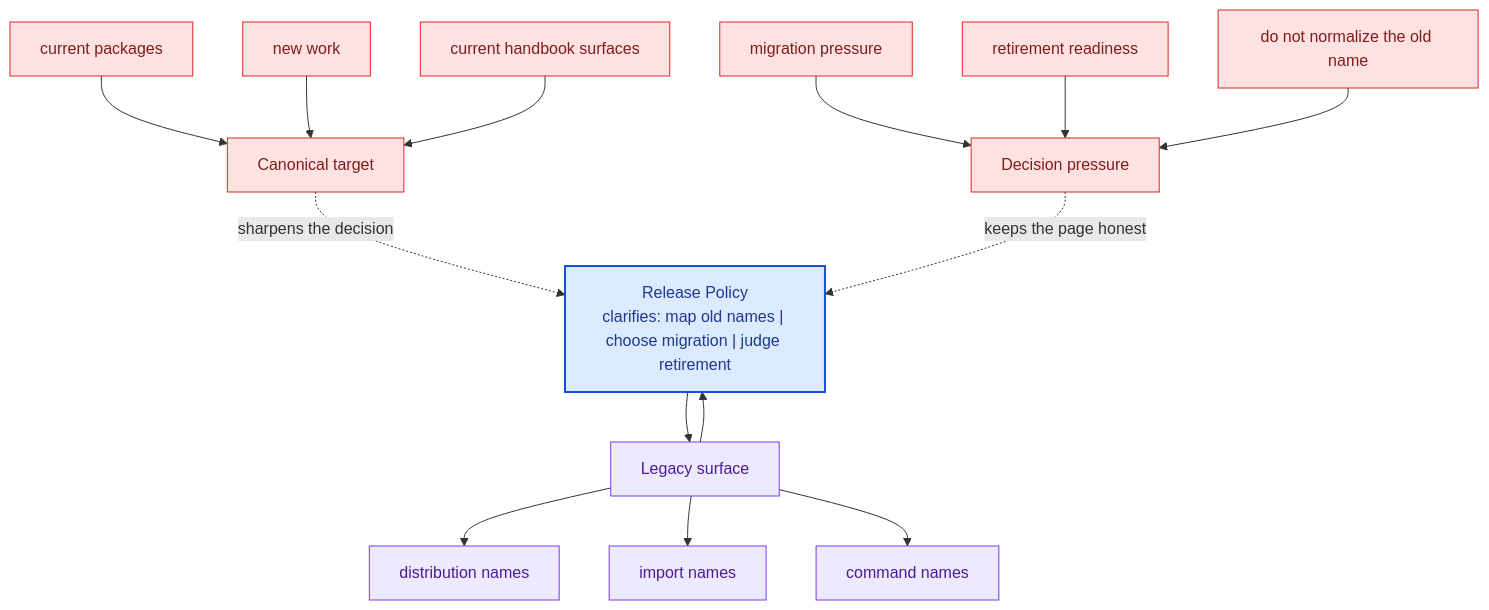
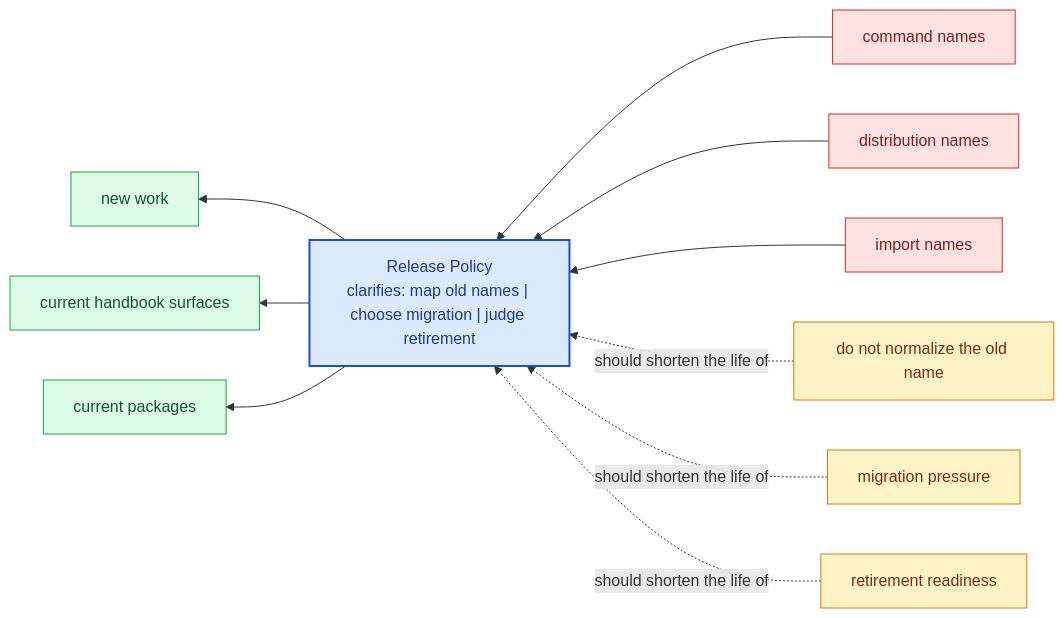
One commit to bijux/bijux-canon changed the diagram in docs/compat-packages/release-policy.md. Above: the diagram before and after it, drawn with Mermaid. The commit also changed other lines of this file and 281 other files, not shown here.

Commit message:
docs(diagrams): replace repeated mermaid scaffolds with page-specific summaries

````diff
--- a/docs/compat-packages/release-policy.md
+++ b/docs/compat-packages/release-policy.md
@@ -69,40 +24,31 @@
 ```mermaid
-flowchart TB
-    promise["Release Policy<br/>clarifies: map old names | choose migration | judge retirement"]
-    classDef promise fill:#dbeafe,stroke:#1d4ed8,color:#1e3a8a,stroke-width:2px;
-    classDef driver fill:#dcfce7,stroke:#16a34a,color:#14532d;
-    classDef constraint fill:#fee2e2,stroke:#dc2626,color:#7f1d1d;
-    classDef ground fill:#ede9fe,stroke:#7c3aed,color:#4c1d95;
-    focus1["Legacy surface"]
-    focus1 --> promise
-    promise --> focus1
-    focus1_1["distribution names"]
-    focus1 --> focus1_1
-    focus1_2["import names"]
-    focus1 --> focus1_2
-    focus1_3["command names"]
-    focus1 --> focus1_3
-    class focus1 ground;
-    class focus1_1,focus1_2,focus1_3 ground;
-    focus2["Canonical target"]
-    focus2 -.sharpens the decision.-> promise
-    focus2_1["current packages"]
-    focus2_1 --> focus2
-    focus2_2["new work"]
-    focus2_2 --> focus2
-    focus2_3["current handbook surfaces"]
-    focus2_3 --> focus2
-    class focus2 constraint;
-    class focus2_1,focus2_2,focus2_3 constraint;
-    focus3["Decision pressure"]
-    focus3 -.keeps the page honest.-> promise
-    focus3_1["migration pressure"]
-    focus3_1 --> focus3
-    focus3_2["retirement readiness"]
-    focus3_2 --> focus3
-    focus3_3["do not normalize the old name"]
-    focus3_3 --> focus3
-    class focus3 constraint;
-    class focus3_1,focus3_2,focus3_3 constraint;
-    class promise promise;
+flowchart RL
+    page["Release Policy<br/>clarifies: map old names | choose migration | judge retirement"]
+    classDef page fill:#dbeafe,stroke:#1d4ed8,color:#1e3a8a,stroke-width:2px;
+    classDef positive fill:#dcfce7,stroke:#16a34a,color:#14532d;
+    classDef caution fill:#fee2e2,stroke:#dc2626,color:#7f1d1d;
+    classDef anchor fill:#ede9fe,stroke:#7c3aed,color:#4c1d95;
+    classDef action fill:#fef3c7,stroke:#d97706,color:#7c2d12;
+    legacy1["command names"]
+    legacy1 --> page
+    legacy2["distribution names"]
+    legacy2 --> page
+    legacy3["import names"]
+    legacy3 --> page
+    canon1["new work"]
+    page --> canon1
+    canon2["current handbook surfaces"]
+    page --> canon2
+    canon3["current packages"]
+    page --> canon3
+    pressure1["do not normalize the old name"]
+    pressure1 -.should shorten the life of.-> page
+    pressure2["migration pressure"]
+    pressure2 -.should shorten the life of.-> page
+    pressure3["retirement readiness"]
+    pressure3 -.should shorten the life of.-> page
+    class page page;
+    class legacy1,legacy2,legacy3 caution;
+    class canon1,canon2,canon3 positive;
+    class pressure1,pressure2,pressure3 action;
 ```
````
